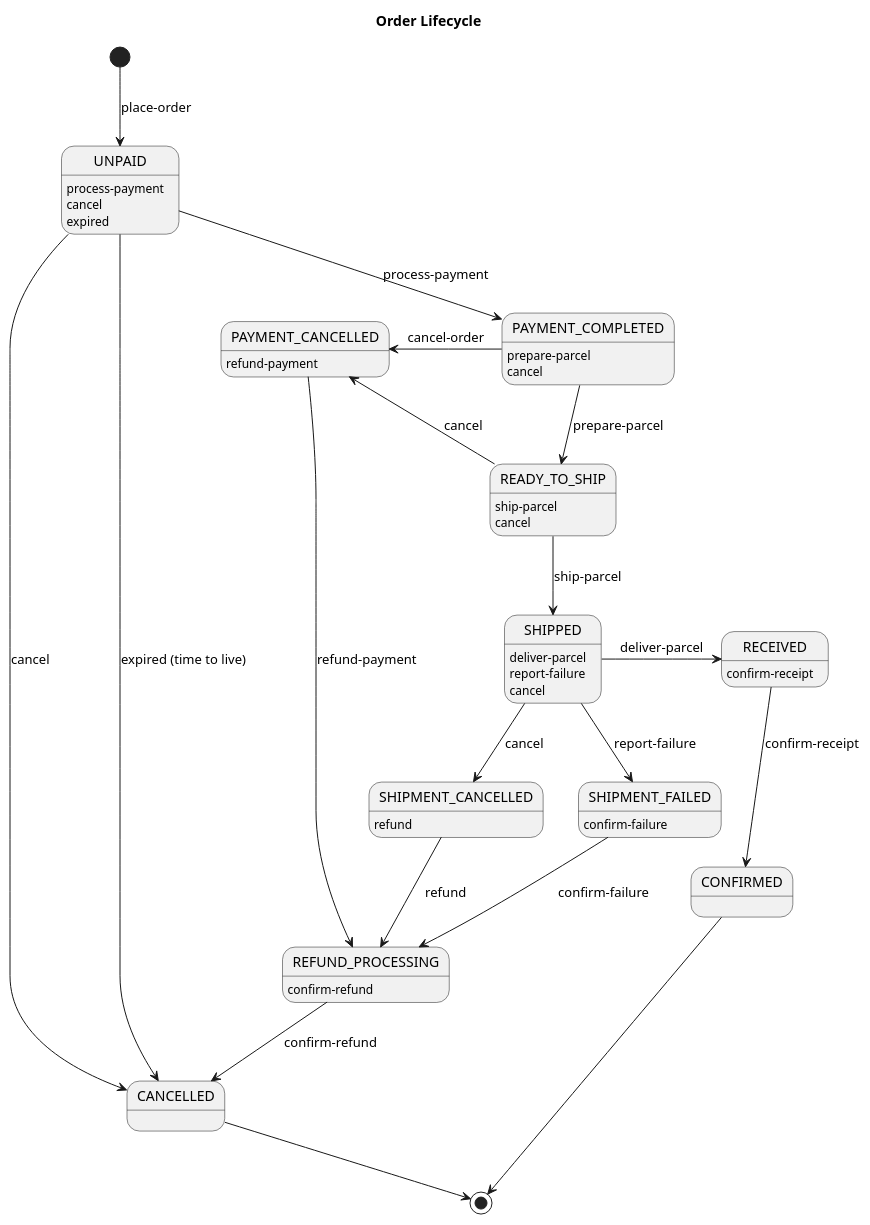
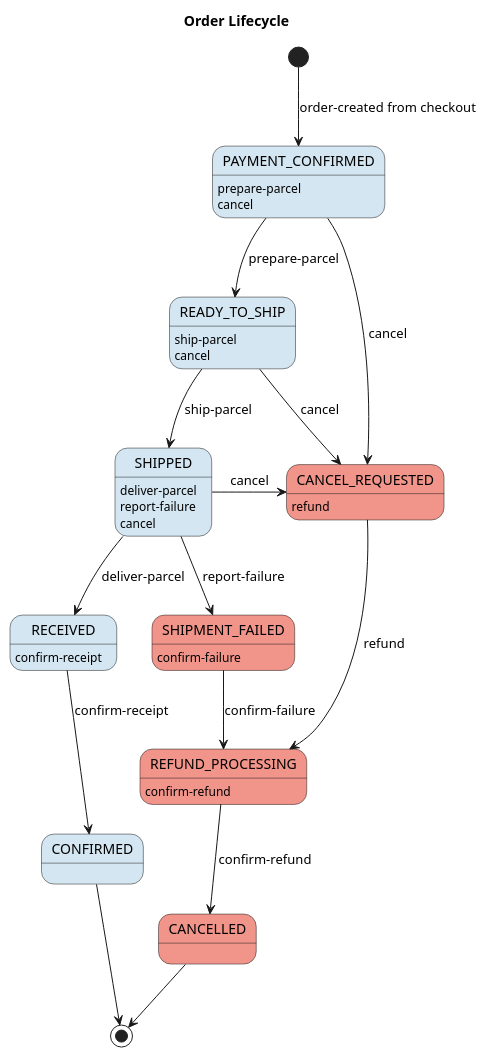
The diagram in docs/design/order-flows/diagrams/order.states.puml (nashtech-garage/yas), drawn with PlantUML before and after one commit. The commit also changed 2 other files, not shown here.

Commit message:
Update Checkout and Order States

```diff
--- a/docs/design/order-flows/diagrams/order.states.puml
+++ b/docs/design/order-flows/diagrams/order.states.puml
@@ -1,39 +1,34 @@
 @startuml Order Lifecycle
 title Order Lifecycle
-[*] --> UNPAID : place-order
-UNPAID --> PAYMENT_COMPLETED: process-payment
-UNPAID -right-> CANCELLED: cancel
-UNPAID -right-> CANCELLED: expired (time to live)
-PAYMENT_COMPLETED --> READY_TO_SHIP: prepare-parcel
-PAYMENT_COMPLETED -left-> PAYMENT_CANCELLED: cancel-order
-PAYMENT_CANCELLED --> REFUND_PROCESSING: refund-payment
-REFUND_PROCESSING --> CANCELLED: confirm-refund
+[*] --> PAYMENT_CONFIRMED #d4e6f1: order-created from checkout 
+PAYMENT_CONFIRMED -down-> READY_TO_SHIP #d4e6f1: prepare-parcel
+READY_TO_SHIP -down-> SHIPPED #d4e6f1: ship-parcel
+SHIPPED --> RECEIVED #d4e6f1: deliver-parcel
+RECEIVED -down-> CONFIRMED #d4e6f1: confirm-receipt
 
-READY_TO_SHIP --> SHIPPED: ship-parcel
-READY_TO_SHIP --> PAYMENT_CANCELLED: cancel
-SHIPPED --> SHIPMENT_CANCELLED: cancel
-SHIPPED --> SHIPMENT_FAILED: report-failure
+PAYMENT_CONFIRMED -right-> CANCEL_REQUESTED #f1948a: cancel
+CANCEL_REQUESTED --> REFUND_PROCESSING #f1948a: refund
+REFUND_PROCESSING --> CANCELLED #f1948a: confirm-refund
+
+READY_TO_SHIP -right-> CANCEL_REQUESTED #f1948a: cancel
+SHIPPED -down-> SHIPMENT_FAILED #f1948a: report-failure
 SHIPMENT_FAILED --> REFUND_PROCESSING: confirm-failure
-SHIPMENT_CANCELLED --> REFUND_PROCESSING: refund
-SHIPPED -right-> RECEIVED: deliver-parcel
-RECEIVED -down-> CONFIRMED: confirm-receipt
+
+
+SHIPPED -right-> CANCEL_REQUESTED: cancel
 CONFIRMED --> [*]
 CANCELLED --> [*]
 
-UNPAID: process-payment
-UNPAID: cancel
-UNPAID: expired
-PAYMENT_COMPLETED: prepare-parcel
-PAYMENT_COMPLETED: cancel
-PAYMENT_CANCELLED: refund-payment
+PAYMENT_CONFIRMED : prepare-parcel
+PAYMENT_CONFIRMED: cancel
 REFUND_PROCESSING: confirm-refund
+CANCEL_REQUESTED: refund
 READY_TO_SHIP: ship-parcel
 READY_TO_SHIP: cancel
 SHIPPED: deliver-parcel
 SHIPPED: report-failure
 SHIPPED: cancel
 SHIPMENT_FAILED: confirm-failure
-SHIPMENT_CANCELLED: refund
 RECEIVED: confirm-receipt
 
 @enduml
```
